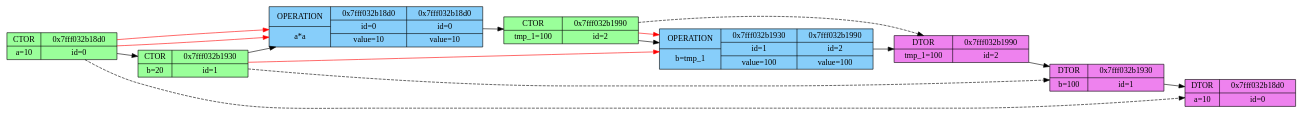
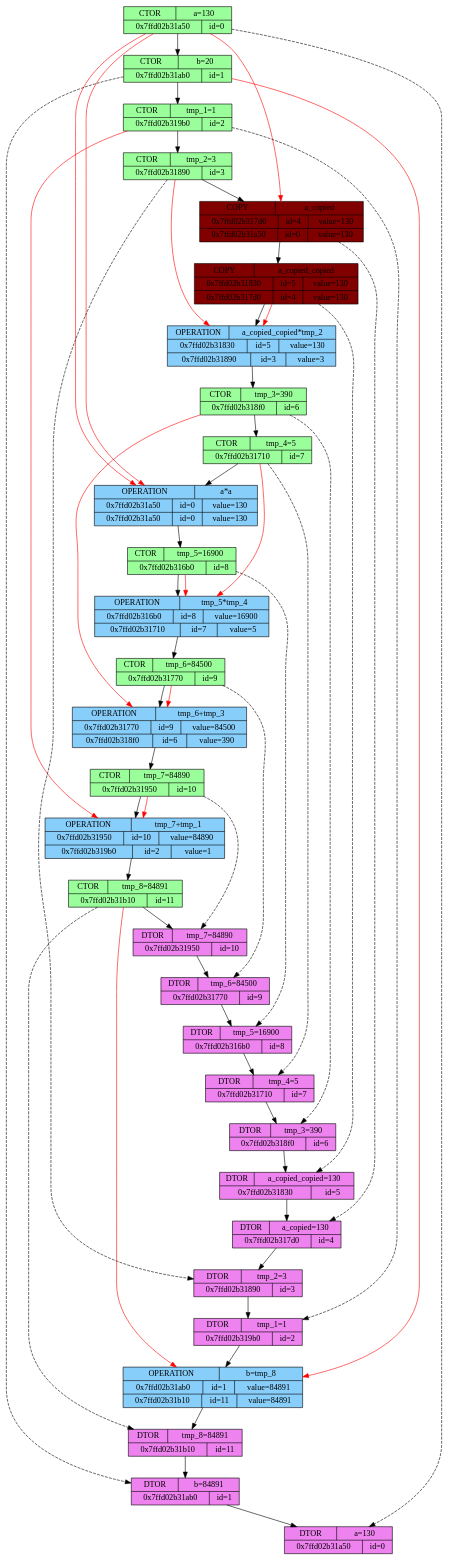
One commit to x-ENIAC/MIPT_projects_4_sem changed the diagram in Dumping_int/new.dot. Above: the diagram before and after it, drawn with Graphviz. The commit also changed 9 other files, not shown here.

```diff
--- a/Dumping_int/new.dot
+++ b/Dumping_int/new.dot
@@ -1,25 +1,87 @@
 digraph graphname {
-	rankdir = LR;
-	node0CTOR [shape="record", style="filled", fillcolor="palegreen1", label="{{CTOR | a=10}|{0x7fff032b18d0 | id=0}}"]
-	node1CTOR [shape="record", style="filled", fillcolor="palegreen1", label="{{CTOR | b=20}|{0x7fff032b1930 | id=1}}"]
+
+	node0CTOR [shape="record", style="filled", fillcolor="palegreen1", label="{{CTOR | a=130}|{0x7ffd02b31a50 | id=0}}"]
+	node1CTOR [shape="record", style="filled", fillcolor="palegreen1", label="{{CTOR | b=20}|{0x7ffd02b31ab0 | id=1}}"]
 	node0CTOR -> node1CTOR
-	node0OPERATION0 [shape="record", style="filled", fillcolor="lightskyblue", label="{{OPERATION | a*a}|{0x7fff032b18d0 | id=0 | value=10}|{0x7fff032b18d0 | id=0 | value=10}}"]
-	node1CTOR -> node0OPERATION0
+	node2CTOR [shape="record", style="filled", fillcolor="palegreen1", label="{{CTOR | tmp_1=1}|{0x7ffd02b319b0 | id=2}}"]
+	node1CTOR -> node2CTOR
+	node3CTOR [shape="record", style="filled", fillcolor="palegreen1", label="{{CTOR | tmp_2=3}|{0x7ffd02b31890 | id=3}}"]
+	node2CTOR -> node3CTOR
+	node4COPY  [shape="record", style="filled", fillcolor="webmaroon" label="{{COPY | a_copied}|{0x7ffd02b317d0 | id=4 | value=130}|{0x7ffd02b31a50 | id=0 | value=130}}"]
+	node3CTOR -> node4COPY
+	node0CTOR -> node4COPY[color="red"]
+	node5COPY  [shape="record", style="filled", fillcolor="webmaroon" label="{{COPY | a_copied_copied}|{0x7ffd02b31830 | id=5 | value=130}|{0x7ffd02b317d0 | id=4 | value=130}}"]
+	node4COPY -> node5COPY
+	node5OPERATION3 [shape="record", style="filled", fillcolor="lightskyblue", label="{{OPERATION | a_copied_copied*tmp_2}|{0x7ffd02b31830 | id=5 | value=130}|{0x7ffd02b31890 | id=3 | value=3}}"]
+	node5COPY -> node5OPERATION3
+	node5COPY -> node5OPERATION3[color="red"]
+	node3CTOR -> node5OPERATION3[color="red"]
+	node6CTOR [shape="record", style="filled", fillcolor="palegreen1", label="{{CTOR | tmp_3=390}|{0x7ffd02b318f0 | id=6}}"]
+	node5OPERATION3 -> node6CTOR
+	node7CTOR [shape="record", style="filled", fillcolor="palegreen1", label="{{CTOR | tmp_4=5}|{0x7ffd02b31710 | id=7}}"]
+	node6CTOR -> node7CTOR
+	node0OPERATION0 [shape="record", style="filled", fillcolor="lightskyblue", label="{{OPERATION | a*a}|{0x7ffd02b31a50 | id=0 | value=130}|{0x7ffd02b31a50 | id=0 | value=130}}"]
+	node7CTOR -> node0OPERATION0
 	node0CTOR -> node0OPERATION0[color="red"]
 	node0CTOR -> node0OPERATION0[color="red"]
-	node2CTOR [shape="record", style="filled", fillcolor="palegreen1", label="{{CTOR | tmp_1=100}|{0x7fff032b1990 | id=2}}"]
-	node0OPERATION0 -> node2CTOR
-	node1OPERATION2 [shape="record", style="filled", fillcolor="lightskyblue", label="{{OPERATION | b=tmp_1}|{0x7fff032b1930 | id=1 | value=100}|{0x7fff032b1990 | id=2 | value=100}}"]
-	node2CTOR -> node1OPERATION2
-	node1CTOR -> node1OPERATION2[color="red"]
-	node2CTOR -> node1OPERATION2[color="red"]
-	node2DTOR [shape="record", style="filled", fillcolor="violet", label="{{DTOR | tmp_1=100}|{0x7fff032b1990 | id=2}}"]
-	node1OPERATION2 -> node2DTOR
+	node8CTOR [shape="record", style="filled", fillcolor="palegreen1", label="{{CTOR | tmp_5=16900}|{0x7ffd02b316b0 | id=8}}"]
+	node0OPERATION0 -> node8CTOR
+	node8OPERATION7 [shape="record", style="filled", fillcolor="lightskyblue", label="{{OPERATION | tmp_5*tmp_4}|{0x7ffd02b316b0 | id=8 | value=16900}|{0x7ffd02b31710 | id=7 | value=5}}"]
+	node8CTOR -> node8OPERATION7
+	node8CTOR -> node8OPERATION7[color="red"]
+	node7CTOR -> node8OPERATION7[color="red"]
+	node9CTOR [shape="record", style="filled", fillcolor="palegreen1", label="{{CTOR | tmp_6=84500}|{0x7ffd02b31770 | id=9}}"]
+	node8OPERATION7 -> node9CTOR
+	node9OPERATION6 [shape="record", style="filled", fillcolor="lightskyblue", label="{{OPERATION | tmp_6+tmp_3}|{0x7ffd02b31770 | id=9 | value=84500}|{0x7ffd02b318f0 | id=6 | value=390}}"]
+	node9CTOR -> node9OPERATION6
+	node9CTOR -> node9OPERATION6[color="red"]
+	node6CTOR -> node9OPERATION6[color="red"]
+	node10CTOR [shape="record", style="filled", fillcolor="palegreen1", label="{{CTOR | tmp_7=84890}|{0x7ffd02b31950 | id=10}}"]
+	node9OPERATION6 -> node10CTOR
+	node10OPERATION2 [shape="record", style="filled", fillcolor="lightskyblue", label="{{OPERATION | tmp_7+tmp_1}|{0x7ffd02b31950 | id=10 | value=84890}|{0x7ffd02b319b0 | id=2 | value=1}}"]
+	node10CTOR -> node10OPERATION2
+	node10CTOR -> node10OPERATION2[color="red"]
+	node2CTOR -> node10OPERATION2[color="red"]
+	node11CTOR [shape="record", style="filled", fillcolor="palegreen1", label="{{CTOR | tmp_8=84891}|{0x7ffd02b31b10 | id=11}}"]
+	node10OPERATION2 -> node11CTOR
+	node10DTOR [shape="record", style="filled", fillcolor="violet", label="{{DTOR | tmp_7=84890}|{0x7ffd02b31950 | id=10}}"]
+	node11CTOR -> node10DTOR
+	node10CTOR -> node10DTOR[style="dashed"]
+	node9DTOR [shape="record", style="filled", fillcolor="violet", label="{{DTOR | tmp_6=84500}|{0x7ffd02b31770 | id=9}}"]
+	node10DTOR -> node9DTOR
+	node9CTOR -> node9DTOR[style="dashed"]
+	node8DTOR [shape="record", style="filled", fillcolor="violet", label="{{DTOR | tmp_5=16900}|{0x7ffd02b316b0 | id=8}}"]
+	node9DTOR -> node8DTOR
+	node8CTOR -> node8DTOR[style="dashed"]
+	node7DTOR [shape="record", style="filled", fillcolor="violet", label="{{DTOR | tmp_4=5}|{0x7ffd02b31710 | id=7}}"]
+	node8DTOR -> node7DTOR
+	node7CTOR -> node7DTOR[style="dashed"]
+	node6DTOR [shape="record", style="filled", fillcolor="violet", label="{{DTOR | tmp_3=390}|{0x7ffd02b318f0 | id=6}}"]
+	node7DTOR -> node6DTOR
+	node6CTOR -> node6DTOR[style="dashed"]
+	node5DTOR [shape="record", style="filled", fillcolor="violet", label="{{DTOR | a_copied_copied=130}|{0x7ffd02b31830 | id=5}}"]
+	node6DTOR -> node5DTOR
+	node5COPY -> node5DTOR[style="dashed"]
+	node4DTOR [shape="record", style="filled", fillcolor="violet", label="{{DTOR | a_copied=130}|{0x7ffd02b317d0 | id=4}}"]
+	node5DTOR -> node4DTOR
+	node4COPY -> node4DTOR[style="dashed"]
+	node3DTOR [shape="record", style="filled", fillcolor="violet", label="{{DTOR | tmp_2=3}|{0x7ffd02b31890 | id=3}}"]
+	node4DTOR -> node3DTOR
+	node3CTOR -> node3DTOR[style="dashed"]
+	node2DTOR [shape="record", style="filled", fillcolor="violet", label="{{DTOR | tmp_1=1}|{0x7ffd02b319b0 | id=2}}"]
+	node3DTOR -> node2DTOR
 	node2CTOR -> node2DTOR[style="dashed"]
-	node1DTOR [shape="record", style="filled", fillcolor="violet", label="{{DTOR | b=100}|{0x7fff032b1930 | id=1}}"]
-	node2DTOR -> node1DTOR
+	node1OPERATION11 [shape="record", style="filled", fillcolor="lightskyblue", label="{{OPERATION | b=tmp_8}|{0x7ffd02b31ab0 | id=1 | value=84891}|{0x7ffd02b31b10 | id=11 | value=84891}}"]
+	node2DTOR -> node1OPERATION11
+	node1CTOR -> node1OPERATION11[color="red"]
+	node11CTOR -> node1OPERATION11[color="red"]
+	node11DTOR [shape="record", style="filled", fillcolor="violet", label="{{DTOR | tmp_8=84891}|{0x7ffd02b31b10 | id=11}}"]
+	node1OPERATION11 -> node11DTOR
+	node11CTOR -> node11DTOR[style="dashed"]
+	node1DTOR [shape="record", style="filled", fillcolor="violet", label="{{DTOR | b=84891}|{0x7ffd02b31ab0 | id=1}}"]
+	node11DTOR -> node1DTOR
 	node1CTOR -> node1DTOR[style="dashed"]
-	node0DTOR [shape="record", style="filled", fillcolor="violet", label="{{DTOR | a=10}|{0x7fff032b18d0 | id=0}}"]
+	node0DTOR [shape="record", style="filled", fillcolor="violet", label="{{DTOR | a=130}|{0x7ffd02b31a50 | id=0}}"]
 	node1DTOR -> node0DTOR
 	node0CTOR -> node0DTOR[style="dashed"]
 }
```
